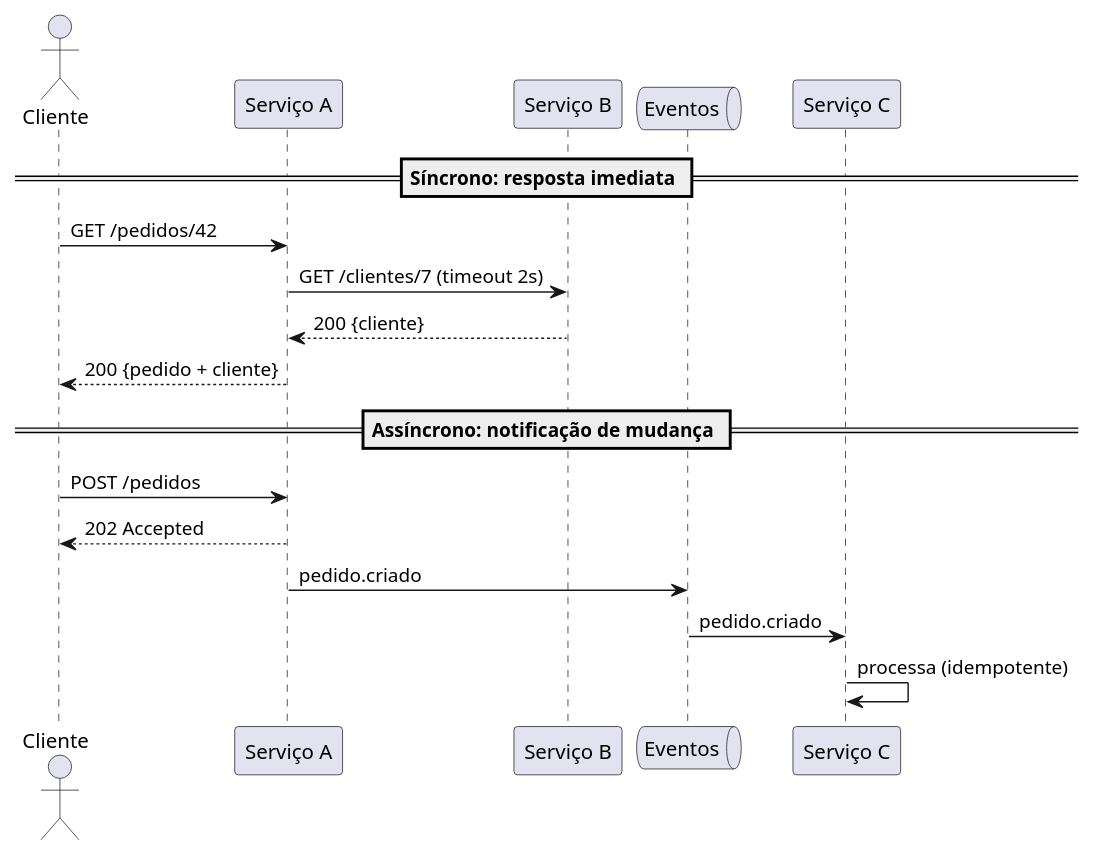
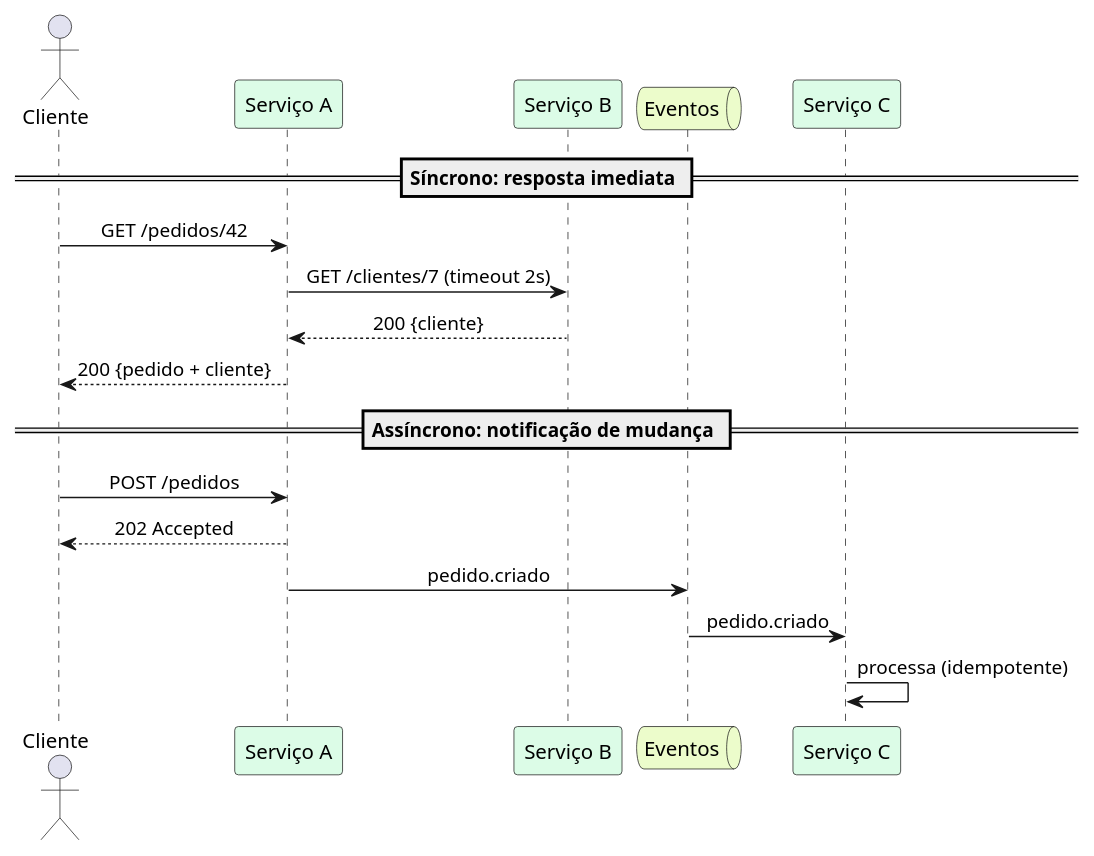
Before and after one commit to edtroleis/techdocs-wikis: the second of 2 diagrams in arquitetura/docs/visao-geral/camadas-integracoes.md, drawn with PlantUML. The commit also changed other lines of this file and 10 other files, not shown here.

````diff
--- a/arquitetura/docs/visao-geral/camadas-integracoes.md
+++ b/arquitetura/docs/visao-geral/camadas-integracoes.md
@@ -36,23 +78,24 @@
 ```plantuml
 @startuml
 skinparam shadowing false
+skinparam sequenceMessageAlign center
 actor Cliente
-participant "Serviço A" as A
-participant "Serviço B" as B
-queue "Eventos" as E
-participant "Serviço C" as C
+participant "Serviço A" as A #DCFCE7
+participant "Serviço B" as B #DCFCE7
+queue "Eventos" as E #ECFCCB
+participant "Serviço C" as C #DCFCE7
 
 == Síncrono: resposta imediata ==
 Cliente -> A : GET /pedidos/42
 A -> B : GET /clientes/7 (timeout 2s)
 B --> A : 200 {cliente}
 A --> Cliente : 200 {pedido + cliente}
 
 == Assíncrono: notificação de mudança ==
 Cliente -> A : POST /pedidos
 A --> Cliente : 202 Accepted
 A -> E : pedido.criado
 E -> C : pedido.criado
 C -> C : processa (idempotente)
 @enduml
 ```
````
